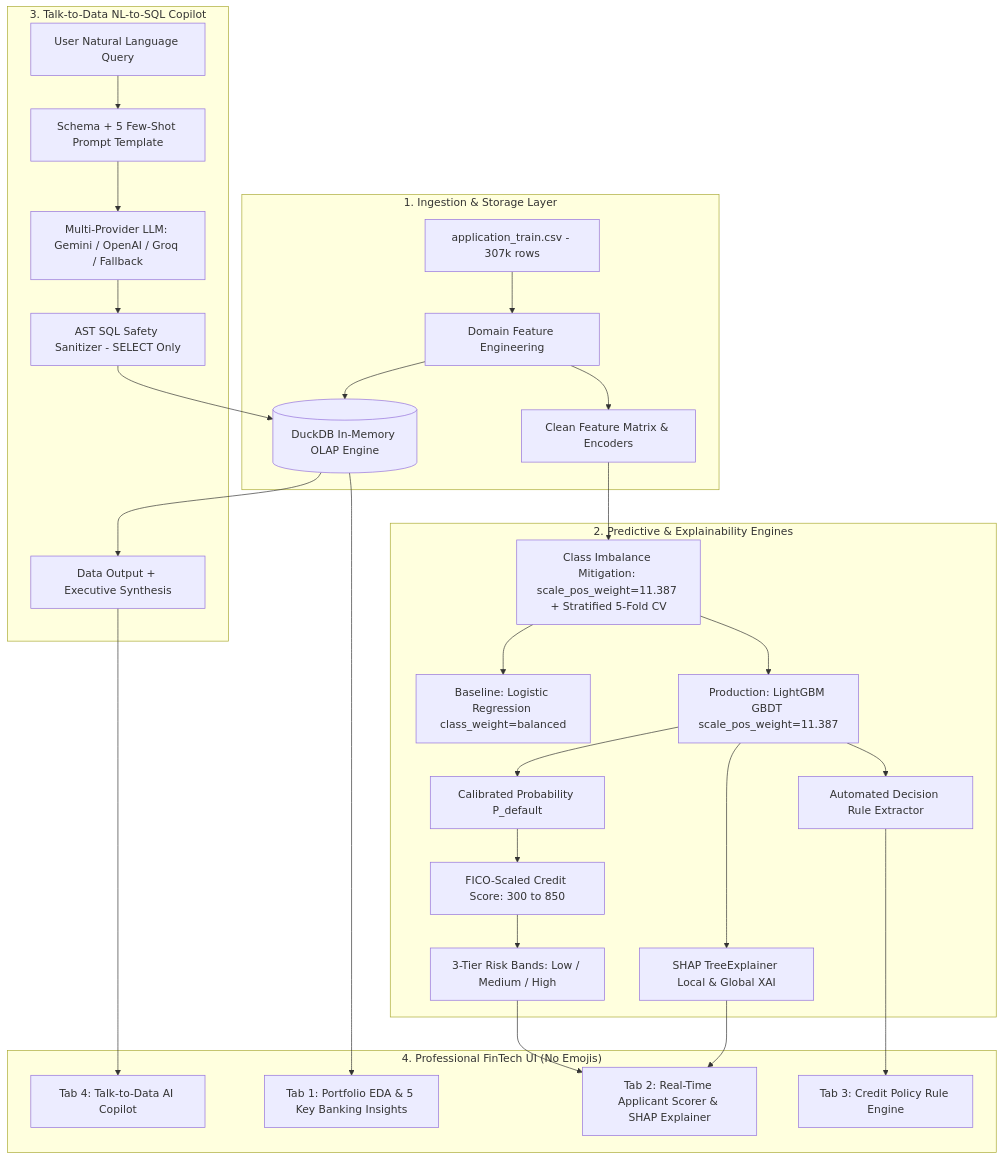
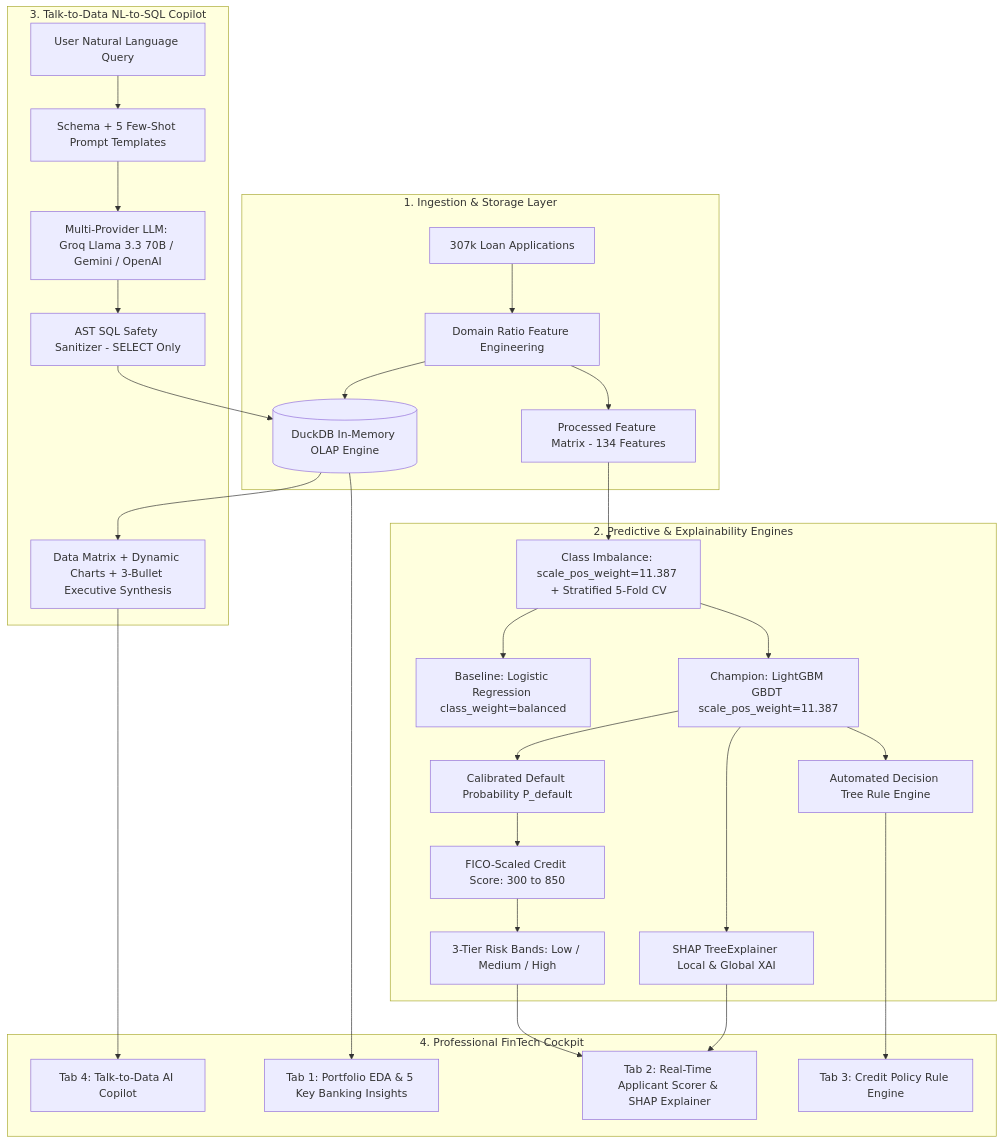
One commit to Kusum004/Ai-powered-CRIP changed the diagram in README.md. Above: the diagram before and after it, drawn with Mermaid. The commit also changed other lines of this file and 3 other files, not shown here.

````diff
--- a/README.md
+++ b/README.md
@@ -18,34 +62,34 @@
 ```mermaid
 flowchart TD
     subgraph Data_Layer ["1. Ingestion & Storage Layer"]
-        A[application_train.csv - 307k rows] --> B[Domain Feature Engineering]
+        A[307k Loan Applications] --> B[Domain Ratio Feature Engineering]
         B --> C[(DuckDB In-Memory OLAP Engine)]
-        B --> D[Clean Feature Matrix & Encoders]
+        B --> D[Processed Feature Matrix - 134 Features]
     end
 
     subgraph ML_Layer ["2. Predictive & Explainability Engines"]
-        D --> E0[Class Imbalance Mitigation: scale_pos_weight=11.387 + Stratified 5-Fold CV]
+        D --> E0[Class Imbalance: scale_pos_weight=11.387 + Stratified 5-Fold CV]
         E0 --> E1[Baseline: Logistic Regression class_weight=balanced]
-        E0 --> E2[Production: LightGBM GBDT scale_pos_weight=11.387]
-        E2 --> F[Calibrated Probability P_default]
+        E0 --> E2[Champion: LightGBM GBDT scale_pos_weight=11.387]
+        E2 --> F[Calibrated Default Probability P_default]
         F --> G[FICO-Scaled Credit Score: 300 to 850]
         G --> H[3-Tier Risk Bands: Low / Medium / High]
         E2 --> I[SHAP TreeExplainer Local & Global XAI]
-        E2 --> J[Automated Decision Rule Extractor]
+        E2 --> J[Automated Decision Tree Rule Engine]
     end
 
     subgraph LLM_Layer ["3. Talk-to-Data NL-to-SQL Copilot"]
-        K[User Natural Language Query] --> L[Schema + 5 Few-Shot Prompt Template]
-        L --> M[Multi-Provider LLM: Gemini / OpenAI / Groq / Fallback]
+        K[User Natural Language Query] --> L[Schema + 5 Few-Shot Prompt Templates]
+        L --> M[Multi-Provider LLM: Groq Llama 3.3 70B / Gemini / OpenAI]
         M --> N[AST SQL Safety Sanitizer - SELECT Only]
         N --> C
-        C --> O[Data Output + Executive Synthesis]
+        C --> O[Data Matrix + Dynamic Charts + 3-Bullet Executive Synthesis]
     end
 
-    subgraph UI_Layer ["4. Professional FinTech UI (No Emojis)"]
+    subgraph UI_Layer ["4. Professional FinTech Cockpit"]
         C --> P1[Tab 1: Portfolio EDA & 5 Key Banking Insights]
         H & I --> P2[Tab 2: Real-Time Applicant Scorer & SHAP Explainer]
         J --> P3[Tab 3: Credit Policy Rule Engine]
         O --> P4[Tab 4: Talk-to-Data AI Copilot]
     end
 ```
````
